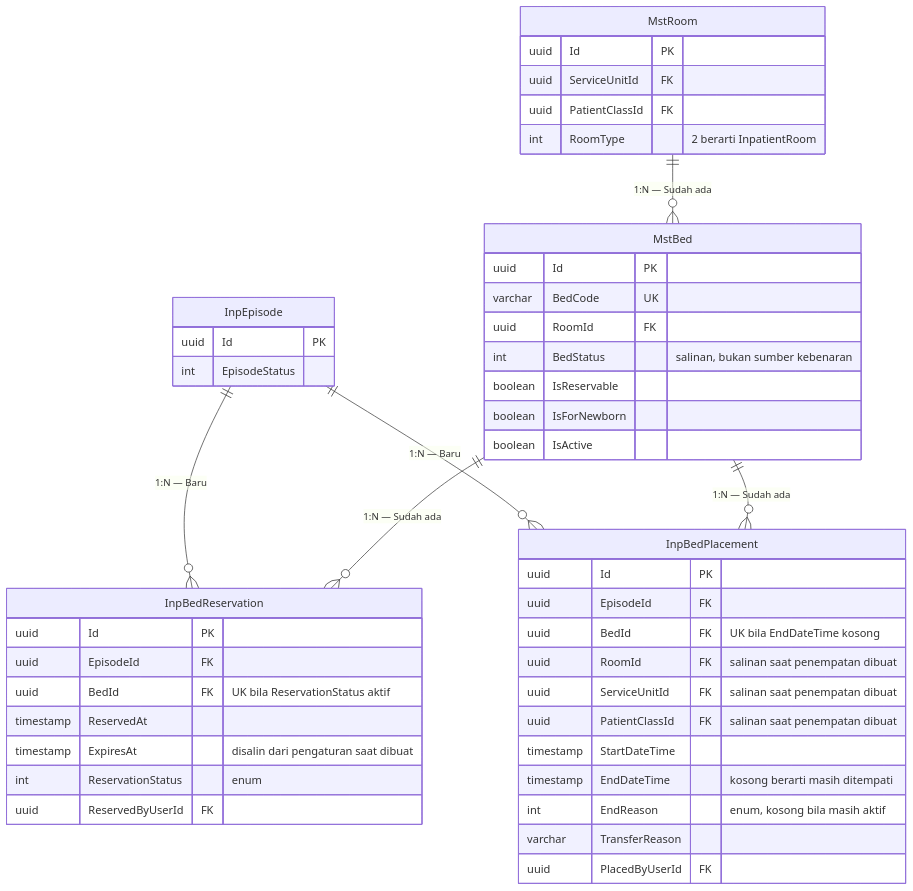
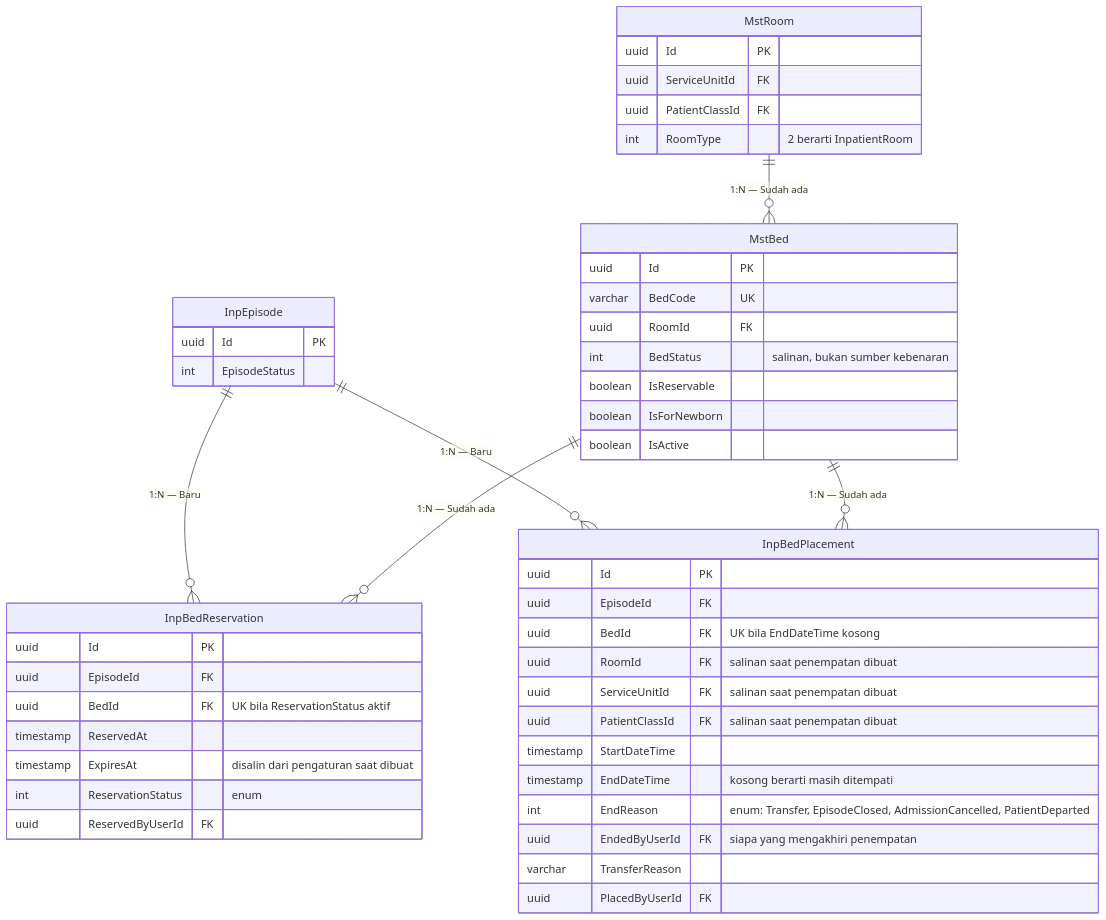
Before and after one commit to DevBenari/NewQuilvianSystemBackend: the second of 3 diagrams in docs/module-blueprints/rawat-inap/erd/01-inpatient-episode.md, drawn with Mermaid. The commit also changed other lines of this file and 12 other files, not shown here.

````diff
--- a/docs/module-blueprints/rawat-inap/erd/01-inpatient-episode.md
+++ b/docs/module-blueprints/rawat-inap/erd/01-inpatient-episode.md
@@ -81,49 +88,50 @@
 ```mermaid
 erDiagram
     InpEpisode {
         uuid Id PK
         int EpisodeStatus
     }
     InpBedReservation {
         uuid Id PK
         uuid EpisodeId FK
         uuid BedId FK "UK bila ReservationStatus aktif"
         timestamp ReservedAt
         timestamp ExpiresAt "disalin dari pengaturan saat dibuat"
         int ReservationStatus "enum"
         uuid ReservedByUserId FK
     }
     InpBedPlacement {
         uuid Id PK
         uuid EpisodeId FK
         uuid BedId FK "UK bila EndDateTime kosong"
         uuid RoomId FK "salinan saat penempatan dibuat"
         uuid ServiceUnitId FK "salinan saat penempatan dibuat"
         uuid PatientClassId FK "salinan saat penempatan dibuat"
         timestamp StartDateTime
         timestamp EndDateTime "kosong berarti masih ditempati"
-        int EndReason "enum, kosong bila masih aktif"
+        int EndReason "enum: Transfer, EpisodeClosed, AdmissionCancelled, PatientDeparted"
+        uuid EndedByUserId FK "siapa yang mengakhiri penempatan"
         varchar TransferReason
         uuid PlacedByUserId FK
     }
     MstBed {
         uuid Id PK
         varchar BedCode UK
         uuid RoomId FK
         int BedStatus "salinan, bukan sumber kebenaran"
         boolean IsReservable
         boolean IsForNewborn
         boolean IsActive
     }
     MstRoom {
         uuid Id PK
         uuid ServiceUnitId FK
         uuid PatientClassId FK
         int RoomType "2 berarti InpatientRoom"
     }
     InpEpisode ||--o{ InpBedReservation : "1:N — Baru"
     InpEpisode ||--o{ InpBedPlacement : "1:N — Baru"
     MstBed ||--o{ InpBedReservation : "1:N — Sudah ada"
     MstBed ||--o{ InpBedPlacement : "1:N — Sudah ada"
     MstRoom ||--o{ MstBed : "1:N — Sudah ada"
 ```
````
